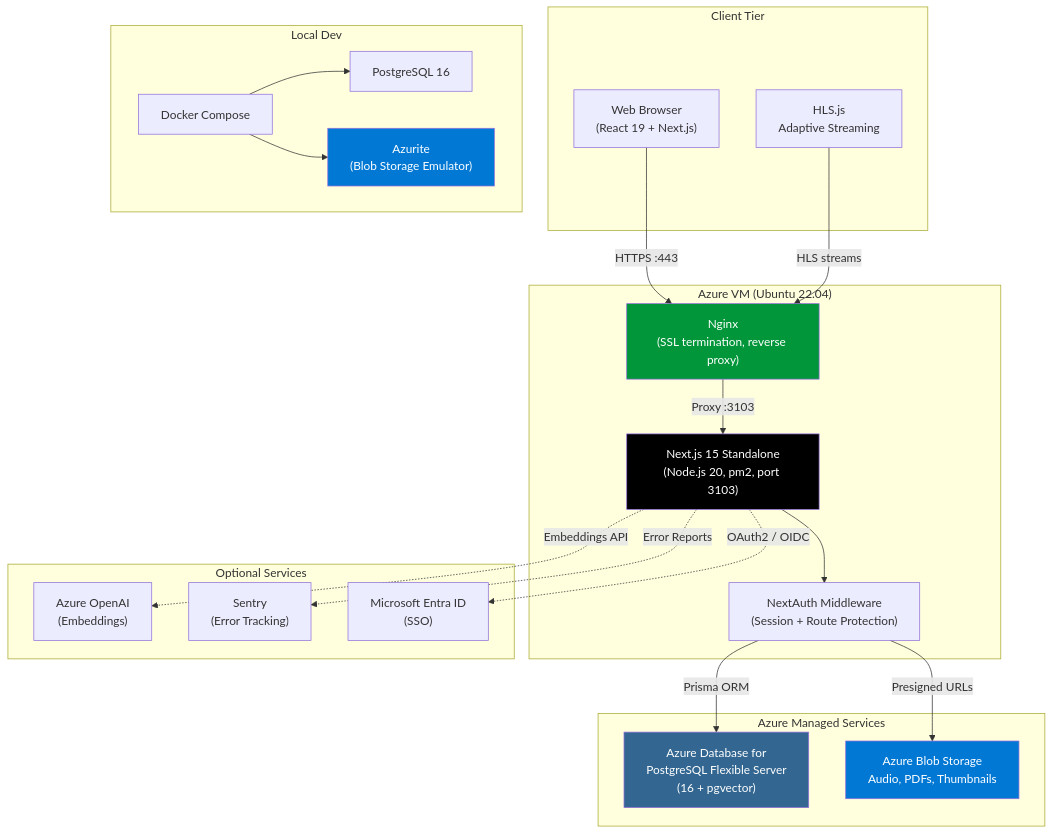
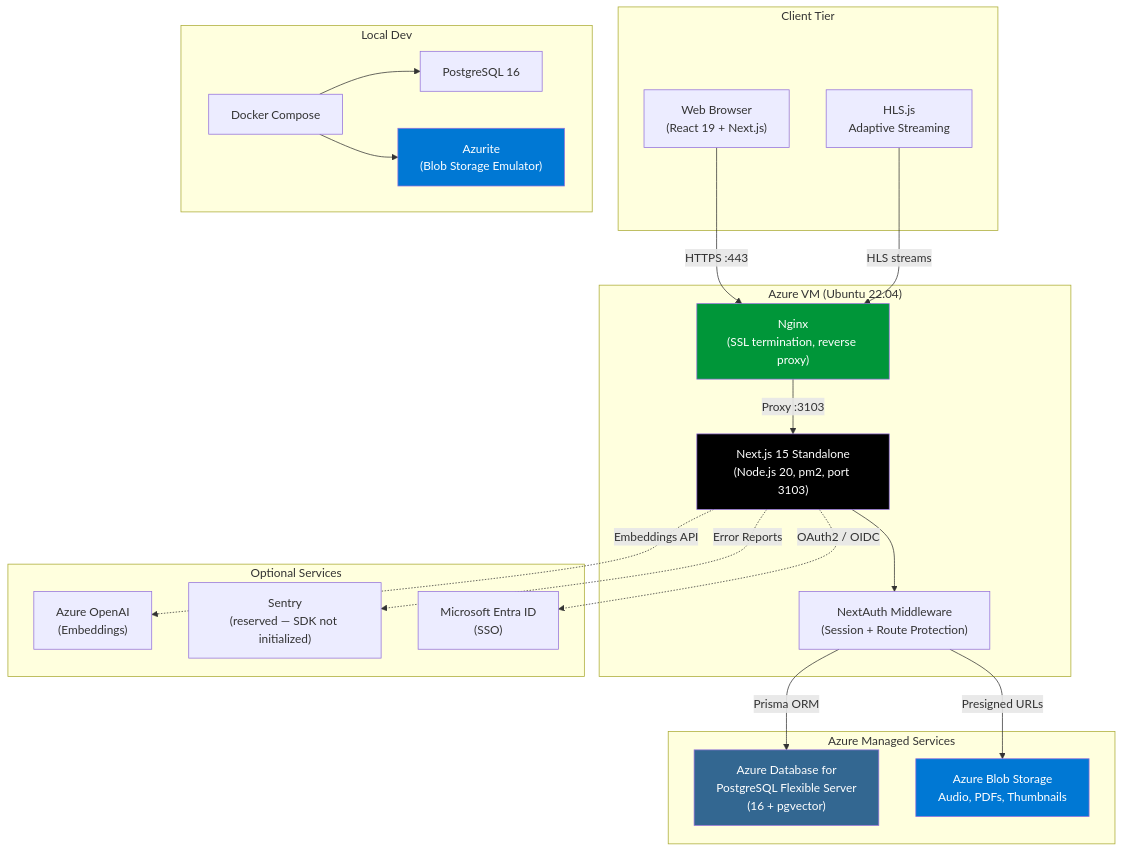
One commit to RoshanJ20/podcasthub changed the diagram in README.md. Above: the diagram before and after it, drawn with Mermaid. The commit also changed other lines of this file and 51 other files, not shown here.

First line of the commit message:
docs: refresh top-level docs, CLAUDE/AGENTS rules, architecture diagrams, and changelog

````diff
--- a/README.md
+++ b/README.md
@@ -51,48 +53,48 @@
 ```mermaid
 graph TB
     subgraph "Client Tier"
         WebApp["Web Browser<br/>(React 19 + Next.js)"]
         HLS["HLS.js<br/>Adaptive Streaming"]
     end
 
     subgraph "Azure VM (Ubuntu 22.04)"
         Nginx["Nginx<br/>(SSL termination, reverse proxy)"]
         NextJS["Next.js 15 Standalone<br/>(Node.js 20, pm2, port 3103)"]
         Middleware["NextAuth Middleware<br/>(Session + Route Protection)"]
     end
 
     subgraph "Azure Managed Services"
         PostgreSQL["Azure Database for<br/>PostgreSQL Flexible Server<br/>(16 + pgvector)"]
         BlobStorage["Azure Blob Storage<br/>Audio, PDFs, Thumbnails"]
     end
 
     subgraph "Optional Services"
         OpenAI["Azure OpenAI<br/>(Embeddings)"]
-        Sentry["Sentry<br/>(Error Tracking)"]
+        Sentry["Sentry<br/>(reserved — SDK not initialized)"]
         EntraID["Microsoft Entra ID<br/>(SSO)"]
     end
 
     subgraph "Local Dev"
         DockerCompose["Docker Compose"]
         PGLocal["PostgreSQL 16"]
         Azurite["Azurite<br/>(Blob Storage Emulator)"]
     end
 
     WebApp -->|"HTTPS :443"| Nginx
     HLS -->|"HLS streams"| Nginx
     Nginx -->|"Proxy :3103"| NextJS
     NextJS --> Middleware
     Middleware -->|"Prisma ORM"| PostgreSQL
     Middleware -->|"Presigned URLs"| BlobStorage
     NextJS -.->|"Embeddings API"| OpenAI
     NextJS -.->|"Error Reports"| Sentry
     NextJS -.->|"OAuth2 / OIDC"| EntraID
 
     DockerCompose --> PGLocal & Azurite
 
     style Nginx fill:#009639,color:#fff
     style PostgreSQL fill:#336791,color:#fff
     style BlobStorage fill:#0078d4,color:#fff
     style Azurite fill:#0078d4,color:#fff
     style NextJS fill:#000,color:#fff
 ```
````
